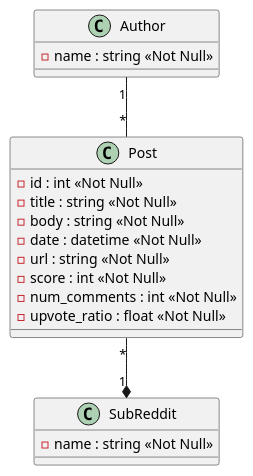
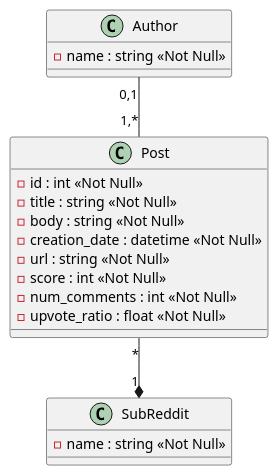
The diagram in uml.plantuml (vasco-oliv/PRI_T08_G82), drawn with PlantUML before and after one commit. The commit also changed 1 other file, not shown here.

```diff
--- a/uml.plantuml
+++ b/uml.plantuml
@@ -1,25 +1,25 @@
 @startuml UML
 
 class Author{
     - name : string <<Not Null>>
 }
 
 class Post{
     - id : int <<Not Null>>
     - title : string <<Not Null>>
     - body : string <<Not Null>>
-    - date : datetime <<Not Null>>
+    - creation_date : datetime <<Not Null>>
     - url : string <<Not Null>>
     - score : int <<Not Null>>
     - num_comments : int <<Not Null>>
     - upvote_ratio : float <<Not Null>>
 }
 
 class SubReddit{
     - name : string <<Not Null>>
 }
 
-Author "1" -- "*" Post
+Author "0,1" -- "1,*" Post
 Post "*" --* "1" SubReddit
 
 @enduml
```
